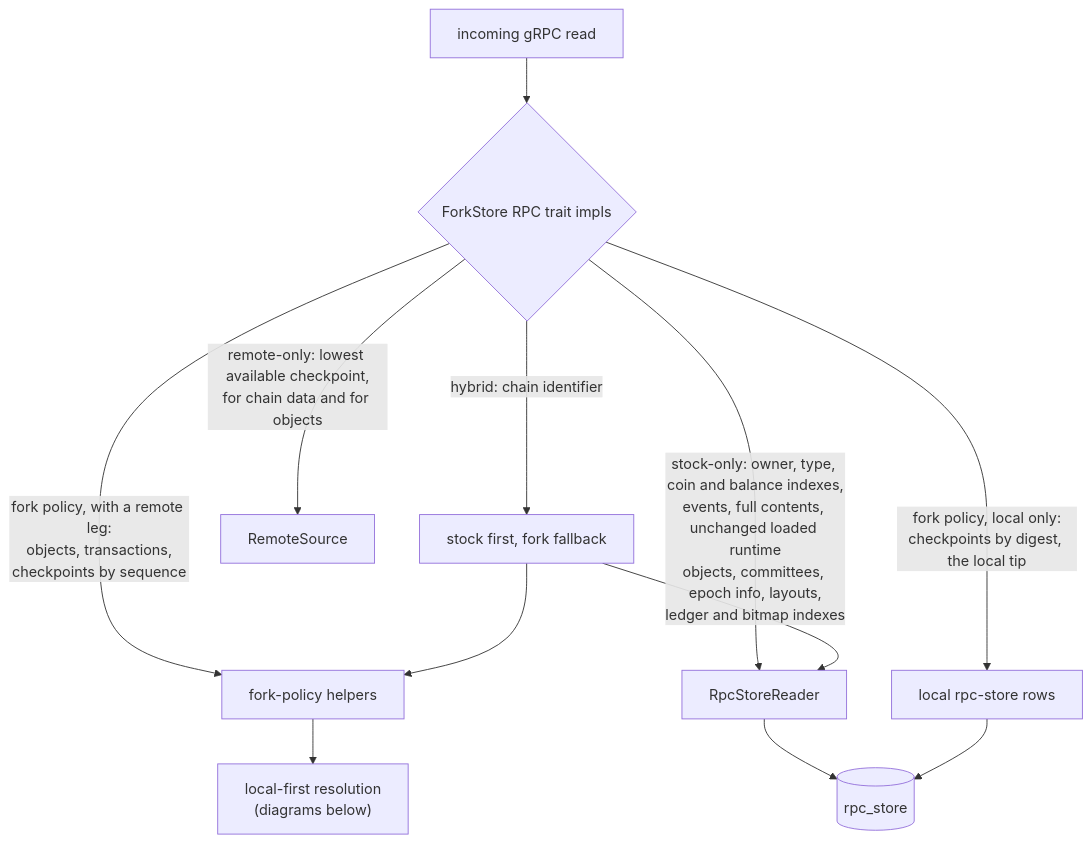
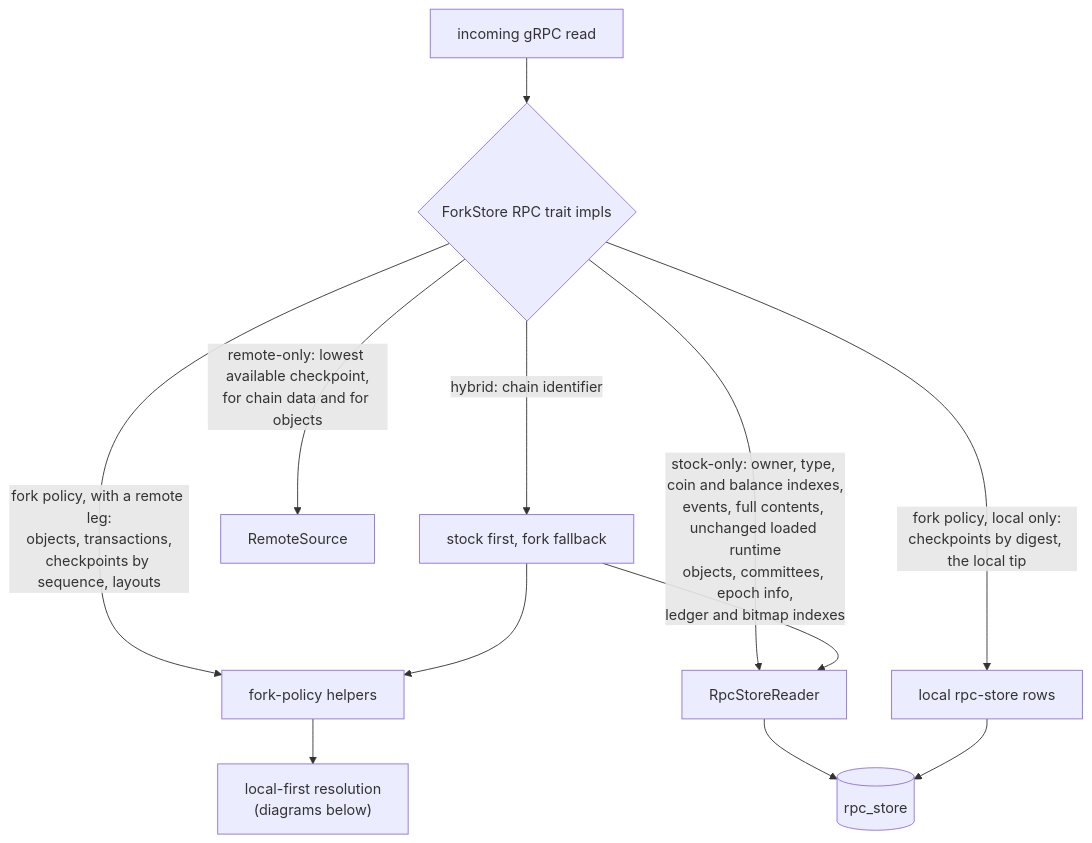
Before and after one commit to MystenLabs/sui: the third of 7 diagrams in crates/sui-fork/design/workflow.md, drawn with Mermaid. The commit also changed 7 other files, not shown here.

Commit message:
[sui-fork] Resolve struct layouts from the fork's protocol version and packages

````diff
--- a/crates/sui-fork/design/workflow.md
+++ b/crates/sui-fork/design/workflow.md
@@ -121,14 +121,14 @@
 ```mermaid
 flowchart TD
     req[incoming gRPC read] --> route{"ForkStore RPC trait impls"}
-    route -->|"fork policy, with a remote leg:<br/>objects, transactions,<br/>checkpoints by sequence"| fs["fork-policy helpers"]
+    route -->|"fork policy, with a remote leg:<br/>objects, transactions,<br/>checkpoints by sequence, layouts"| fs["fork-policy helpers"]
     route -->|"fork policy, local only:<br/>checkpoints by digest, the local tip"| loc["local rpc-store rows"]
-    route -->|"stock-only: owner, type, coin and balance indexes,<br/>events, full contents, unchanged loaded runtime<br/>objects, committees, epoch info, layouts,<br/>ledger and bitmap indexes"| stock[RpcStoreReader]
+    route -->|"stock-only: owner, type, coin and balance indexes,<br/>events, full contents, unchanged loaded runtime<br/>objects, committees, epoch info,<br/>ledger and bitmap indexes"| stock[RpcStoreReader]
     route -->|"hybrid: chain identifier"| hybrid[stock first, fork fallback]
     route -->|"remote-only: lowest available checkpoint,<br/>for chain data and for objects"| rs[RemoteSource]
     hybrid --> stock
     hybrid --> fs
     stock --> db[(rpc_store)]
     loc --> db
     fs --> resolve["local-first resolution<br/>(diagrams below)"]
 ```
````
